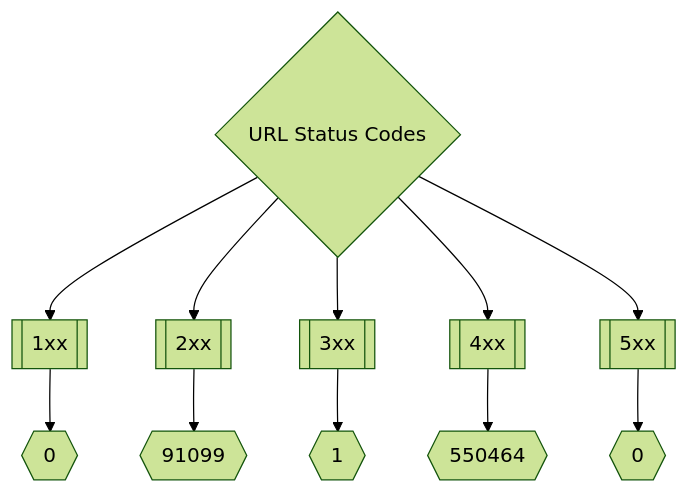
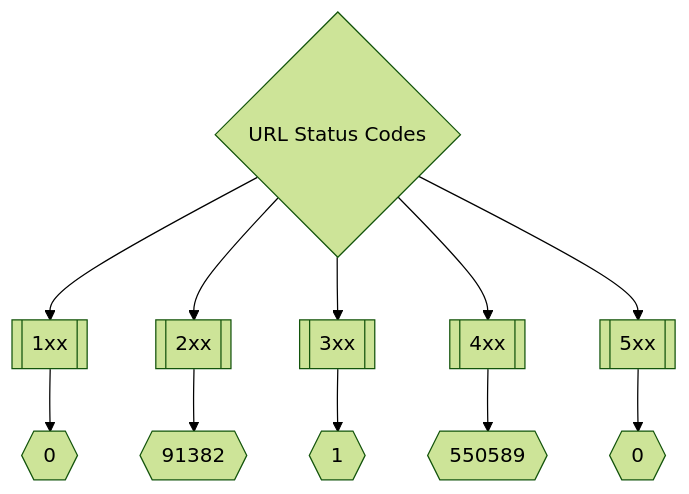
The second of 3 diagrams in README.md (trickest/inventory), drawn with Mermaid (forest theme) before and after one commit. The commit also changed other lines of this file, not shown here.

Commit message:
Update README.md Tue Jun 28 14:43:14 UTC 2022

````diff
--- a/README.md
+++ b/README.md
@@ -175,8 +175,8 @@
 ```mermaid
 graph TD
 title{URL Status Codes} --> 1xx[[1xx]] --> status1xxNum{{0}}
-title --> 2xx[[2xx]] --> status2xxNum{{91099}}
+title --> 2xx[[2xx]] --> status2xxNum{{91382}}
 title --> 3xx[[3xx]] --> status3xxNum{{1}}
-title --> 4xx[[4xx]] --> status4xxNum{{550464}}
+title --> 4xx[[4xx]] --> status4xxNum{{550589}}
 title --> 5xx[[5xx]] --> status5xxNum{{0}}
 ```
````
